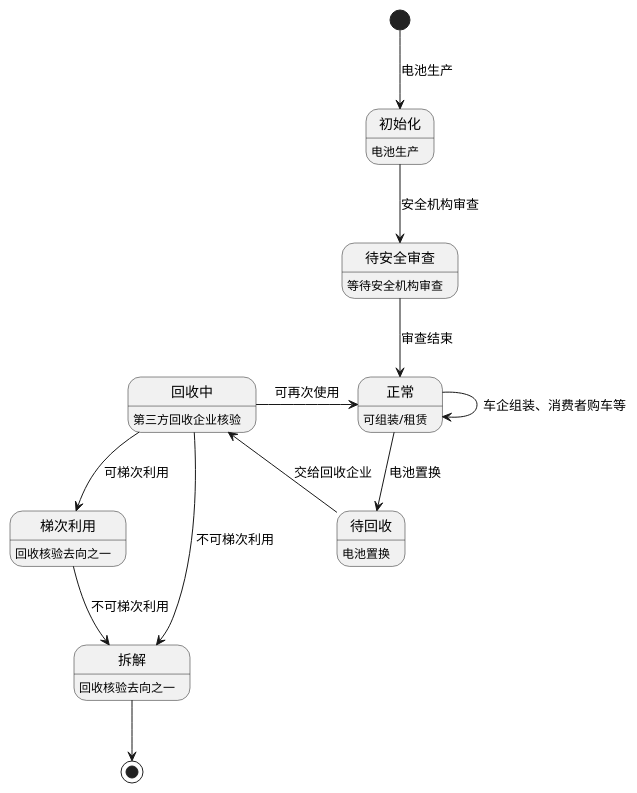
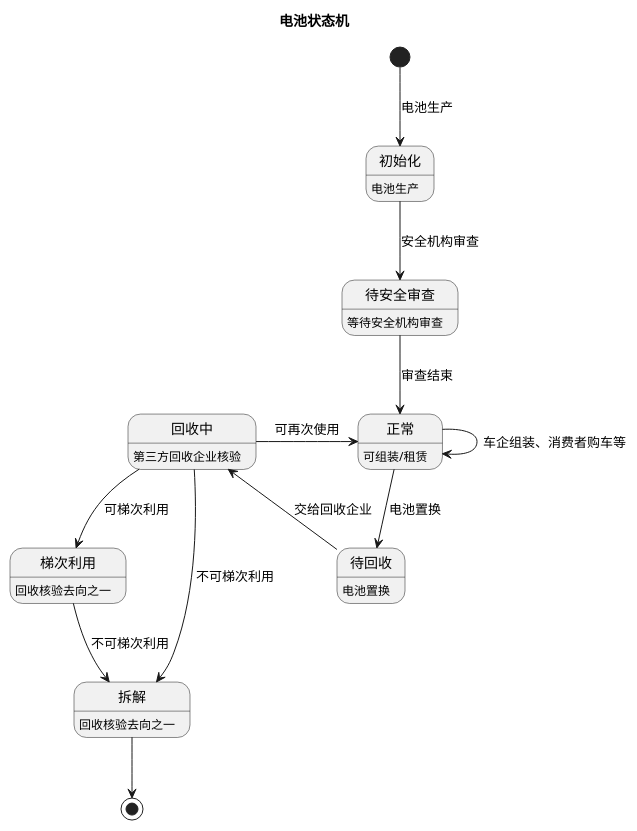
The diagram in docs/电池状态.puml (cmgun/B-Recycle), drawn with PlantUML before and after one commit. The commit also changed 43 other files, not shown here.

```diff
--- a/docs/电池状态.puml
+++ b/docs/电池状态.puml
@@ -1,25 +1,26 @@
 @startuml
 'https://plantuml.com/state-diagram'
+title 电池状态机
 
 '电池状态列表
 初始化 : 电池生产
 待安全审查 : 等待安全机构审查
 正常 : 可组装/租赁
 待回收 : 电池置换
 回收中 : 第三方回收企业核验
 梯次利用 : 回收核验去向之一
 拆解 : 回收核验去向之一
 
 [*] --> 初始化 : 电池生产
 初始化 --> 待安全审查 : 安全机构审查
 待安全审查 --> 正常 : 审查结束
 正常 --> 正常 : 车企组装、消费者购车等
 正常 --> 待回收 : 电池置换
 待回收 --> 回收中 : 交给回收企业
 回收中 --> 梯次利用 : 可梯次利用
 回收中 --> 拆解 : 不可梯次利用
 回收中 -> 正常 : 可再次使用
 梯次利用 --> 拆解 : 不可梯次利用
 拆解 --> [*]
 
 @enduml
```
